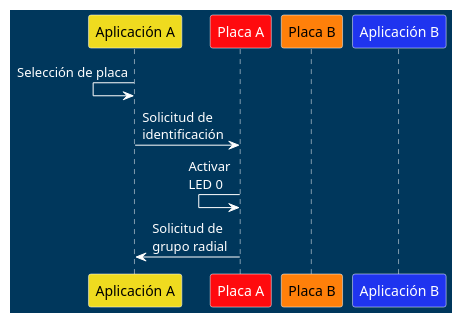
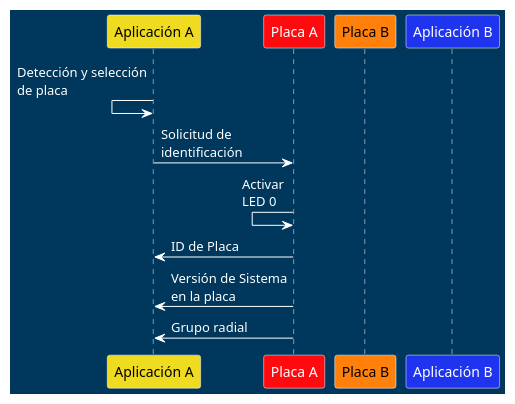
The diagram in diagramas/DiagramaDeFuncionamiento.puml (kurotori/zuMBido), drawn with PlantUML before and after one commit. The commit also changed 1 other file, not shown here.

```diff
--- a/diagramas/DiagramaDeFuncionamiento.puml
+++ b/diagramas/DiagramaDeFuncionamiento.puml
@@ -1,24 +1,26 @@
 @startuml Diagrama de Funcionamiento
 
 <style>
 document {
   BackGroundColor #00375C
 }
 root {
   FontColor #?black:white
   LineColor white
 }
 </style>
 
 
 participant "Aplicación A" as appA #EFDB1F
 participant "Placa A" as plA #FF0A0E
 participant "Placa B" as plB #FF800A
 participant "Aplicación B" as appB #1F34EF
 
-appA <- appA: Selección de placa
+appA <- appA: Detección y selección\nde placa
 appA -> plA: Solicitud de \nidentificación
 plA <- plA: Activar \nLED 0
-plA -> appA: Solicitud de\ngrupo radial
+plA -> appA: ID de Placa
+plA -> appA: Versión de Sistema\nen la placa
+plA -> appA: Grupo radial
 
 @enduml
```
